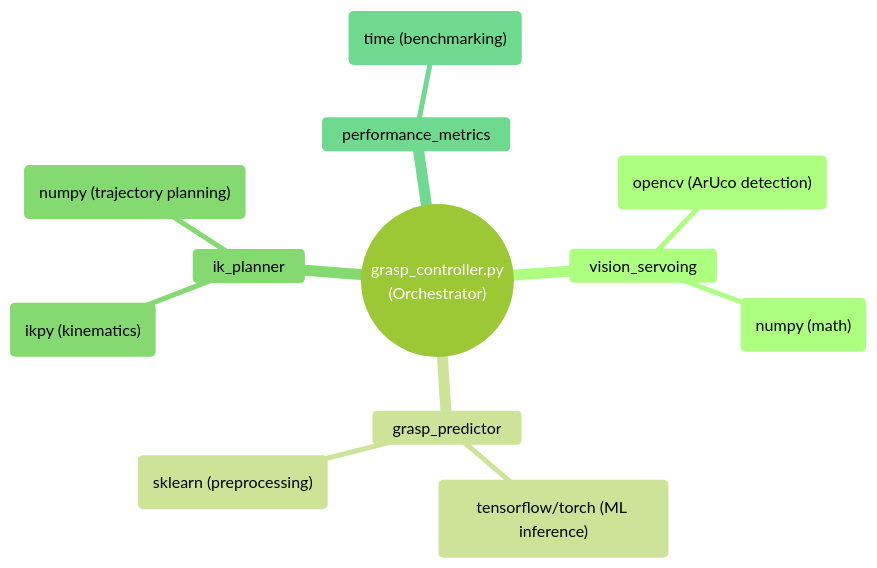
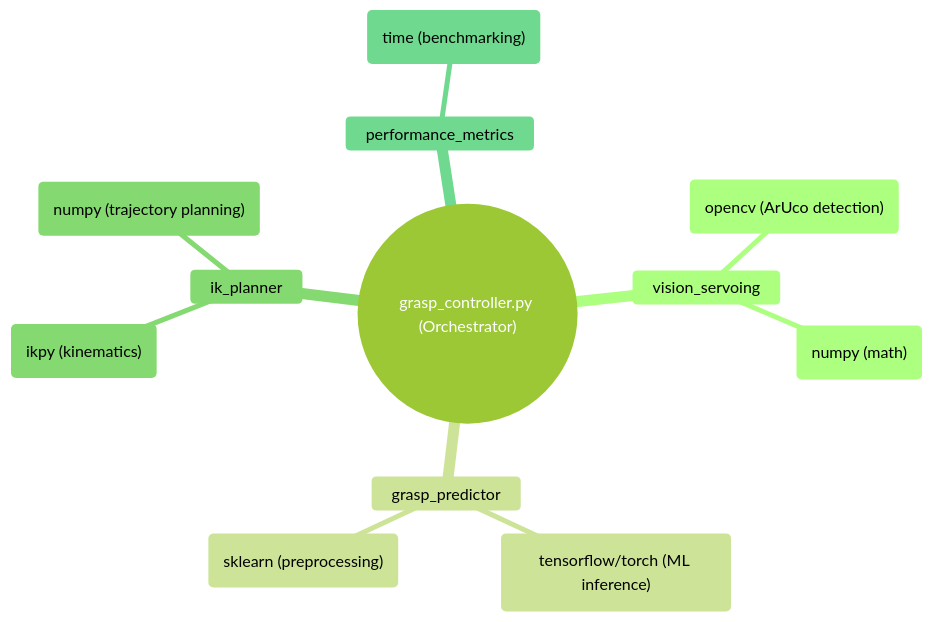
One commit to dikshajangam26/grasp-system changed the second of 3 diagrams in docs/ARCHITECTURE.md. Above: the diagram before and after it, drawn with Mermaid (forest theme). The commit also changed other lines of this file, not shown here.

Commit message:
docs: add system architecture diagrams

````diff
--- a/docs/ARCHITECTURE.md
+++ b/docs/ARCHITECTURE.md
@@ -34,15 +34,15 @@
 ```mermaid
 mindmap
-  root(("grasp_controller.py<br/>(Orchestrator)"))
+  root(("grasp_controller.py (Orchestrator)"))
     vision_servoing
       opencv("opencv (ArUco detection)")
       numpy("numpy (math)")
     grasp_predictor
       ml("tensorflow/torch (ML inference)")
       sklearn("sklearn (preprocessing)")
     ik_planner
       ikpy("ikpy (kinematics)")
       numpy_ik("numpy (trajectory planning)")
     performance_metrics
       time("time (benchmarking)")
 ```
````
